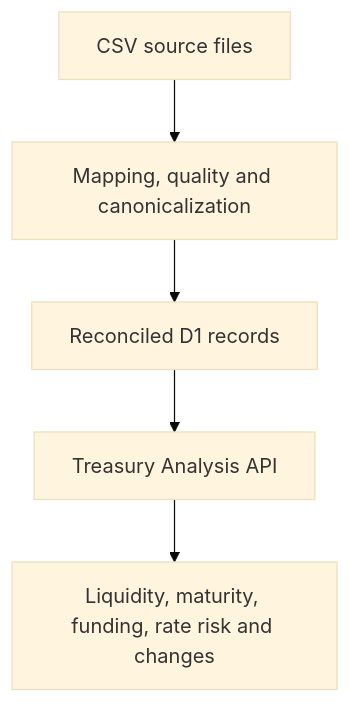
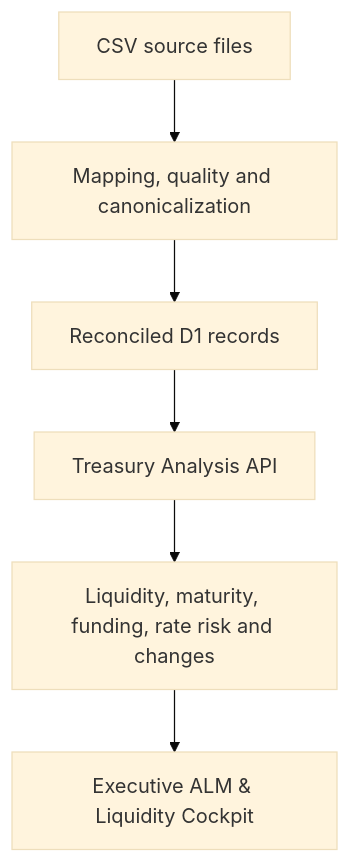
One commit to oykuul/treasury-intelligence changed the second of 2 diagrams in README.md. Above: the diagram before and after it, drawn with Mermaid (base theme). The commit also changed other lines of this file, not shown here.

````diff
--- a/README.md
+++ b/README.md
@@ -141,7 +152,8 @@
 ```mermaid
 flowchart TD
   CSV["CSV source files"] --> Pipeline["Mapping, quality and canonicalization"]
   Pipeline --> D1["Reconciled D1 records"]
   D1 --> API["Treasury Analysis API"]
   API --> Output["Liquidity, maturity, funding, rate risk and changes"]
+  Output --> UI["Executive ALM & Liquidity Cockpit"]
 ```
````
